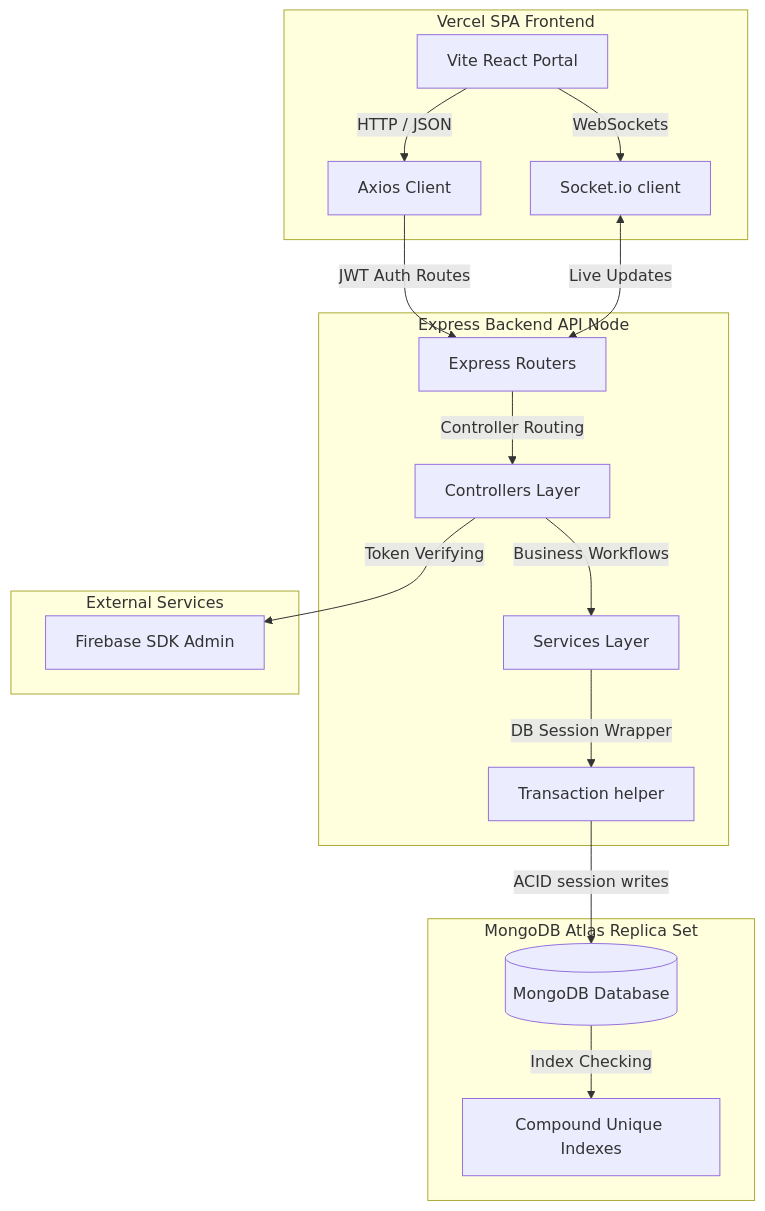
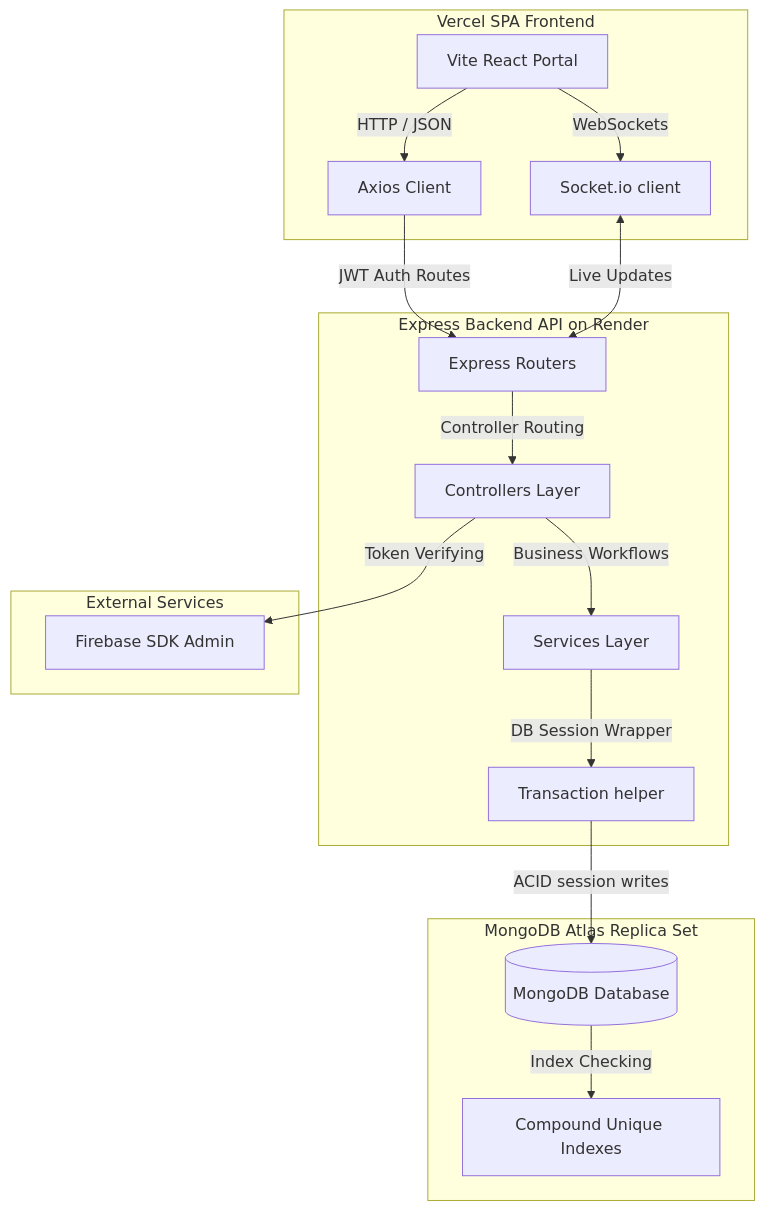
Before and after one commit to asifhasan973/cuet-bus-ticket: the first of 5 diagrams in docs/architecture.md, drawn with Mermaid. The commit also changed 4 other files, not shown here.

Commit message:
chore: migrate backend to render

````diff
--- a/docs/architecture.md
+++ b/docs/architecture.md
@@ -9,27 +9,27 @@
 ```mermaid
 graph TD
     subgraph Client [Vercel SPA Frontend]
         C[Vite React Portal] -->|HTTP / JSON| Ax[Axios Client]
         C -->|WebSockets| SC[Socket.io client]
     end
 
-    subgraph API [Express Backend API Node]
+    subgraph API [Express Backend API on Render]
         R[Express Routers] -->|Controller Routing| Ctrl[Controllers Layer]
         Ctrl -->|Business Workflows| Svc[Services Layer]
         Svc -->|DB Session Wrapper| Tx[Transaction helper]
     end
 
     subgraph External [External Services]
         Fb[Firebase SDK Admin]
     end
 
     subgraph Data [MongoDB Atlas Replica Set]
         Db[(MongoDB Database)]
         Db -->|Index Checking| Idx[Compound Unique Indexes]
     end
 
     Ax -->|JWT Auth Routes| R
     SC <-->|Live Updates| R
     Ctrl -->|Token Verifying| Fb
     Tx -->|ACID session writes| Db
 ```
````
